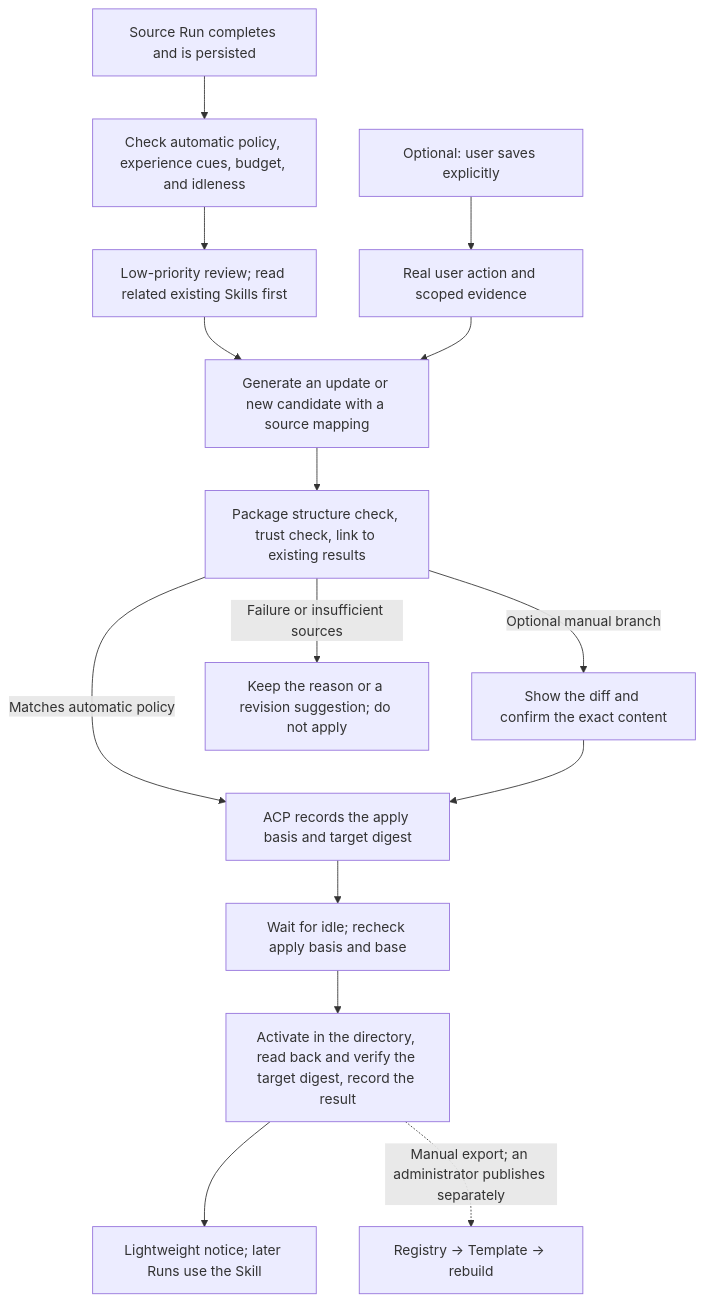
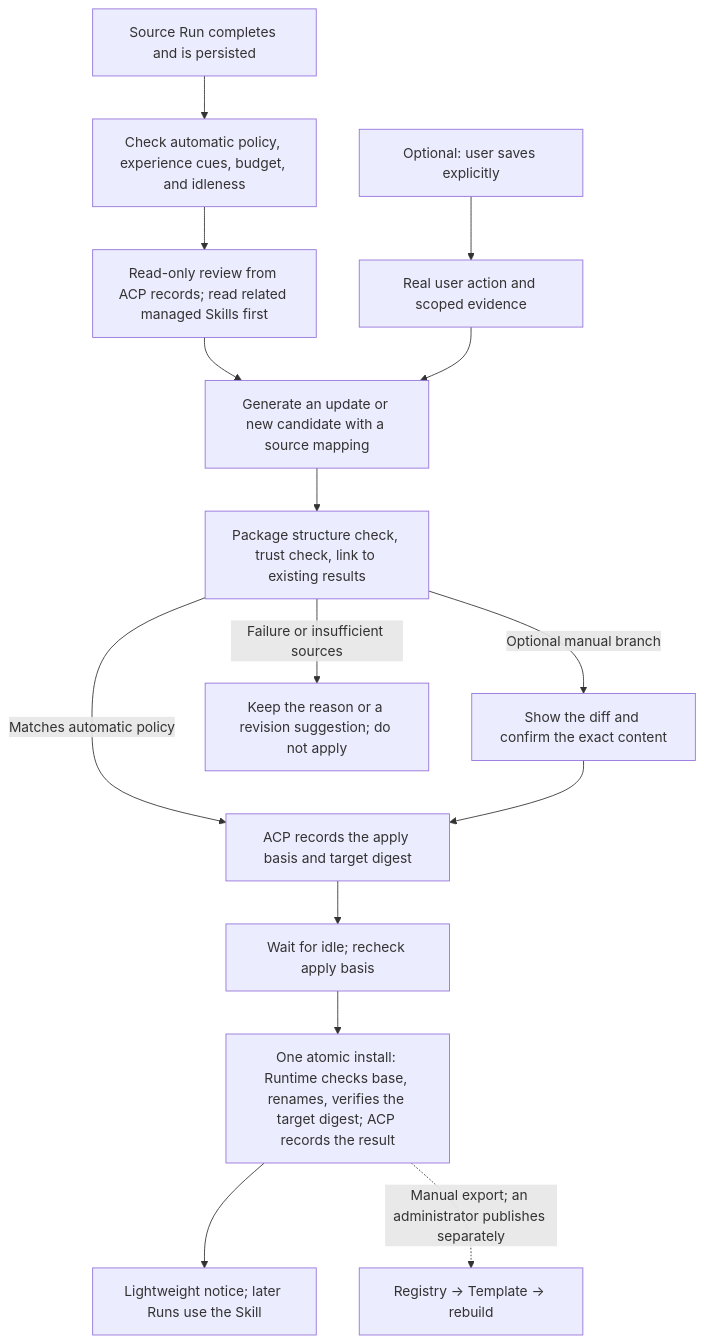
The diagram in docs/skill-learning-design.md (tf4fun/antnest-platform), drawn with Mermaid before and after one commit. The commit also changed other lines of this file and 5 other files, not shown here.

First line of the commit message:
docs(skills): replace the learning maintenance transaction with one atomic install (#201)

````diff
--- a/docs/skill-learning-design.md
+++ b/docs/skill-learning-design.md
@@ -188,17 +188,17 @@
 ```mermaid
 flowchart TD
     R["Source Run completes and is persisted"] --> T["Check automatic policy, experience cues, budget, and idleness"]
-    T --> J["Low-priority review; read related existing Skills first"]
+    T --> J["Read-only review from ACP records; read related managed Skills first"]
     J --> C["Generate an update or new candidate with a source mapping"]
     C --> V["Package structure check, trust check, link to existing results"]
     V -->|"Matches automatic policy"| P["ACP records the apply basis and target digest"]
     V -->|"Optional manual branch"| D["Show the diff and confirm the exact content"]
     D --> P
-    P --> W["Wait for idle; recheck apply basis and base"]
-    W --> A["Activate in the directory, read back and verify the target digest, record the result"]
+    P --> W["Wait for idle; recheck apply basis"]
+    W --> A["One atomic install: Runtime checks base, renames, verifies the target digest; ACP records the result"]
     A --> N["Lightweight notice; later Runs use the Skill"]
     V -->|"Failure or insufficient sources"| Q["Keep the reason or a revision suggestion; do not apply"]
     U["Optional: user saves explicitly"] --> E["Real user action and scoped evidence"]
     E --> C
     A -. "Manual export; an administrator publishes separately" .-> S["Registry → Template → rebuild"]
 ```
````
